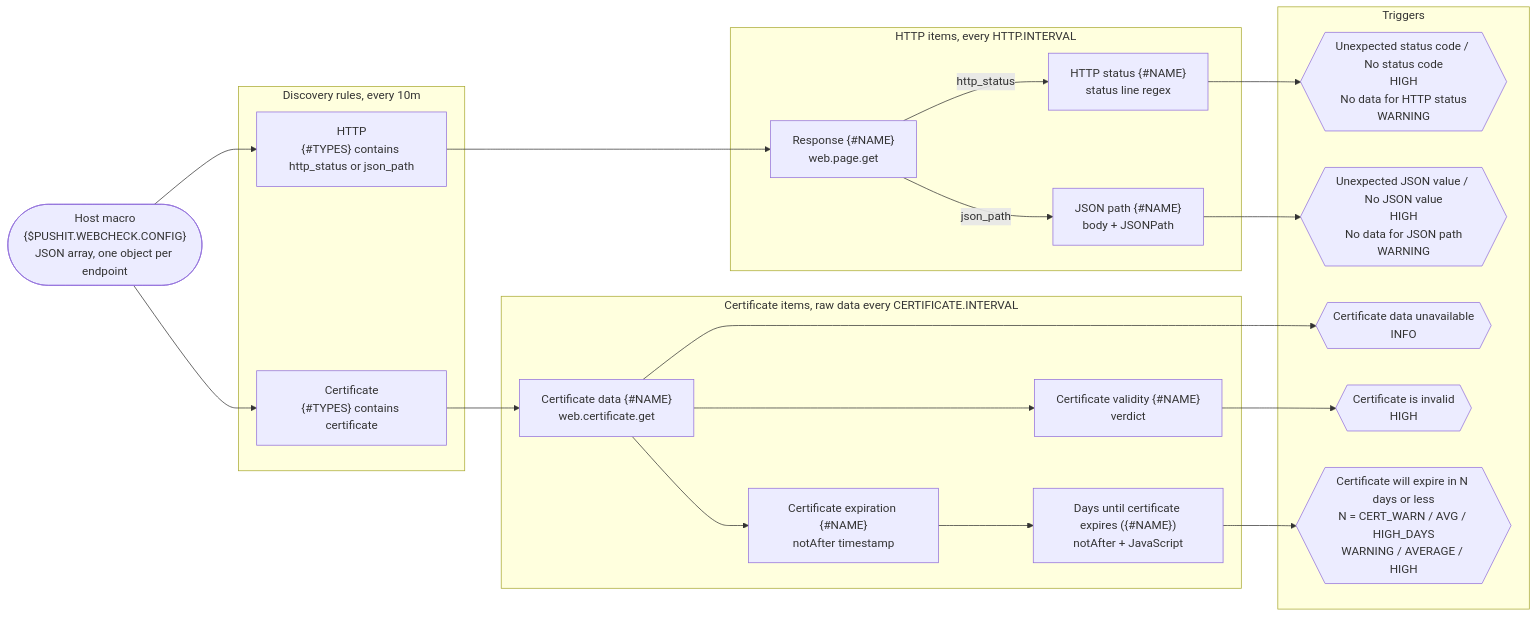
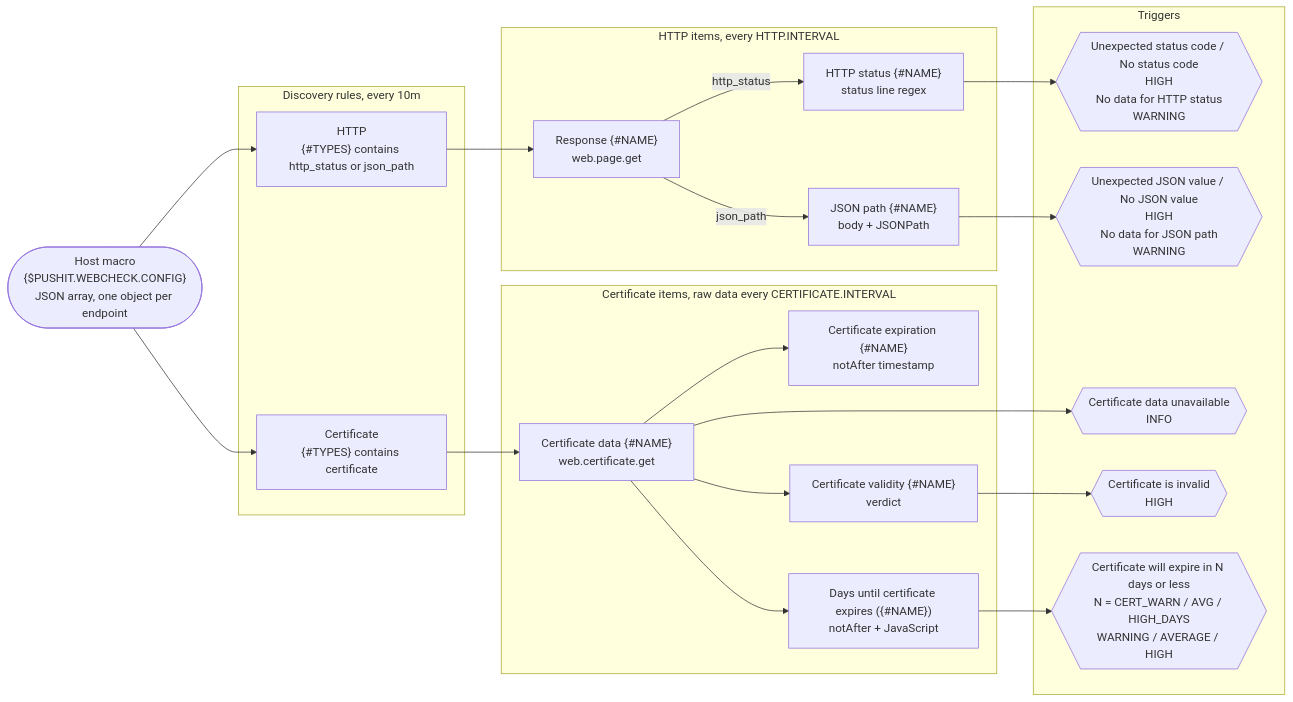
Before and after one commit to we-push-it/zabbix-web-check: the diagram in README.md, drawn with Mermaid. The commit also changed other lines of this file and 1 other file, not shown here.

Commit message:
make the days item depend on the certificate data

````diff
--- a/README.md
+++ b/README.md
@@ -53,43 +53,42 @@
 ```mermaid
 flowchart LR
     CFG(["Host macro<br/>{$PUSHIT.WEBCHECK.CONFIG}<br/>JSON array, one object per endpoint"])
 
     subgraph LLD ["Discovery rules, every 10m"]
         DH["HTTP<br/>{#TYPES} contains http_status or json_path"]
         DC["Certificate<br/>{#TYPES} contains certificate"]
     end
 
     subgraph HI ["HTTP items, every HTTP.INTERVAL"]
         RAW["Response {#NAME}<br/>web.page.get"]
         ST["HTTP status {#NAME}<br/>status line regex"]
         JP["JSON path {#NAME}<br/>body + JSONPath"]
     end
 
     subgraph CI ["Certificate items, raw data every CERTIFICATE.INTERVAL"]
         CRAW["Certificate data {#NAME}<br/>web.certificate.get"]
         NA["Certificate expiration {#NAME}<br/>notAfter timestamp"]
         VAL["Certificate validity {#NAME}<br/>verdict"]
         DAYS["Days until certificate expires ({#NAME})<br/>notAfter + JavaScript"]
     end
 
     subgraph TRG ["Triggers"]
         T1{{"Unexpected status code / No status code<br/>HIGH<br/>No data for HTTP status<br/>WARNING"}}
         T2{{"Unexpected JSON value / No JSON value<br/>HIGH<br/>No data for JSON path<br/>WARNING"}}
         T3{{"Certificate data unavailable<br/>INFO"}}
         T4{{"Certificate is invalid<br/>HIGH"}}
         T5{{"Certificate will expire in N days or less<br/>N = CERT_WARN / AVG / HIGH_DAYS<br/>WARNING / AVERAGE / HIGH"}}
     end
 
     CFG --> DH & DC
     DH --> RAW
     RAW -->|http_status| ST
     RAW -->|json_path| JP
     DC --> CRAW
-    CRAW --> NA & VAL
-    NA --> DAYS
+    CRAW --> NA & VAL & DAYS
     ST --> T1
     JP --> T2
     CRAW --> T3
     VAL --> T4
     DAYS --> T5
 ```
````
